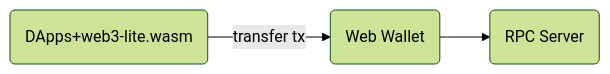
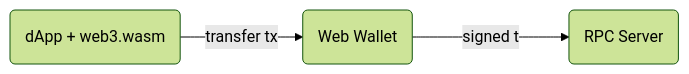
The second of 4 diagrams in README.md (gist-rs/tx-builder-wasm), drawn with Mermaid (forest theme) before and after one commit. The commit also changed other lines of this file, not shown here.

Commit message:
more diagram, logo

````diff
--- a/README.md
+++ b/README.md
@@ -19,4 +26,4 @@
-  ```mermaid
-  graph LR
-      A(DApps+web3-lite.wasm) -- transfer tx --> Y(Web Wallet) --> Z(RPC Server)
-  ```
+```mermaid
+graph LR
+    A(dApp + web3.wasm) -- transfer tx --> Y(Web Wallet) -- signed tx--> Z(RPC Server)
+```
````
